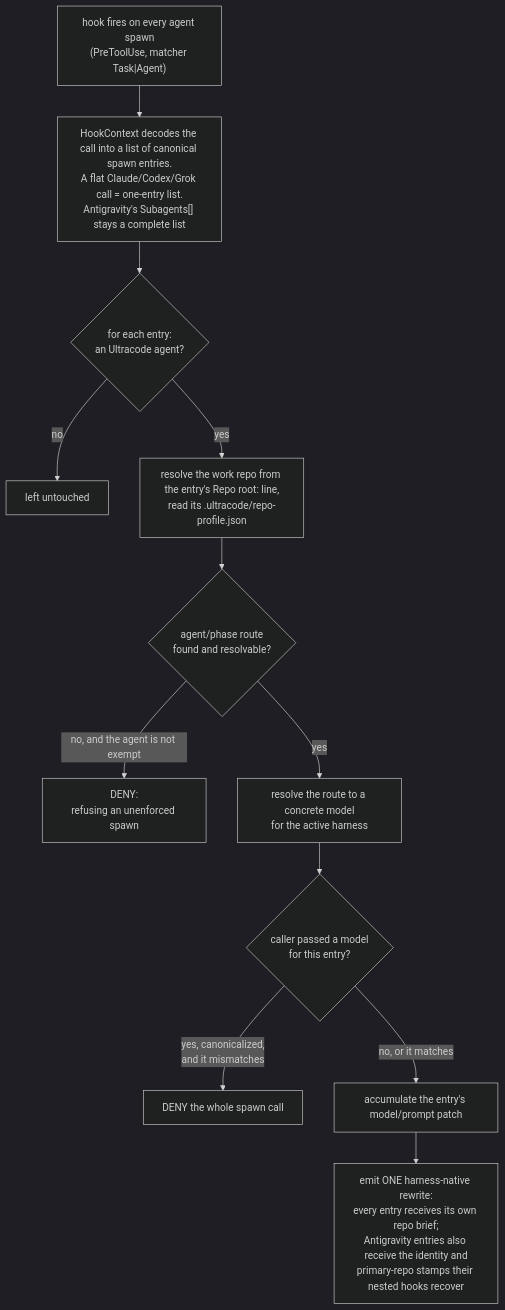
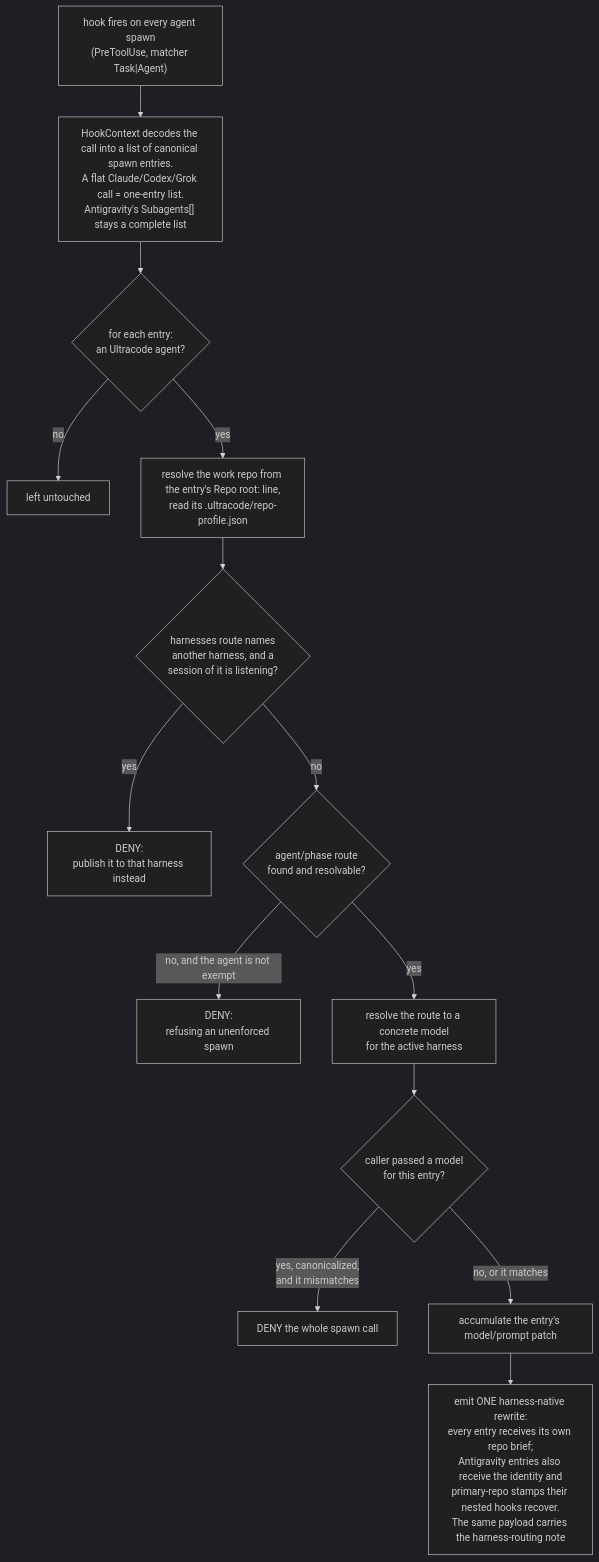
Before and after one commit to diepquynh/ultracode: the diagram in docs/model-routing.md, drawn with Mermaid (dark theme). The commit also changed other lines of this file and 37 other files, not shown here.

Commit message:
Remove hub-wait, restrict repo profile load for orchestrator

````diff
--- a/docs/model-routing.md
+++ b/docs/model-routing.md
@@ -123,14 +120,16 @@
 ```mermaid
 flowchart TD
     FIRE["hook fires on every agent spawn<br/>(PreToolUse, matcher Task|Agent)"] --> DECODE["HookContext decodes the call into a list of canonical spawn entries.<br/>A flat Claude/Codex/Grok call = one-entry list.<br/>Antigravity's Subagents[] stays a complete list"]
     DECODE --> UC{"for each entry:<br/>an Ultracode agent?"}
     UC -- no --> UNTOUCHED["left untouched"]
     UC -- yes --> PROFILE["resolve the work repo from the entry's Repo root: line,<br/>read its .ultracode/repo-profile.json"]
-    PROFILE --> LOOKUP{"agent/phase route<br/>found and resolvable?"}
+    PROFILE --> HARNESS{"harnesses route names<br/>another harness, and a<br/>session of it is listening?"}
+    HARNESS -- yes --> DENY0["DENY:<br/>publish it to that harness instead"]
+    HARNESS -- no --> LOOKUP{"agent/phase route<br/>found and resolvable?"}
     LOOKUP -- "no, and the agent is not exempt" --> DENY1["DENY:<br/>refusing an unenforced spawn"]
     LOOKUP -- yes --> CONC["resolve the route to a concrete model<br/>for the active harness"]
     CONC --> OVERRIDE{"caller passed a model<br/>for this entry?"}
     OVERRIDE -- "yes, canonicalized,<br/>and it mismatches" --> DENY2["DENY the whole spawn call"]
     OVERRIDE -- "no, or it matches" --> ACC["accumulate the entry's model/prompt patch"]
-    ACC --> EMIT["emit ONE harness-native rewrite:<br/>every entry receives its own repo brief;<br/>Antigravity entries also receive the identity and<br/>primary-repo stamps their nested hooks recover"]
+    ACC --> EMIT["emit ONE harness-native rewrite:<br/>every entry receives its own repo brief;<br/>Antigravity entries also receive the identity and<br/>primary-repo stamps their nested hooks recover.<br/>The same payload carries the harness-routing note"]
 ```
````
